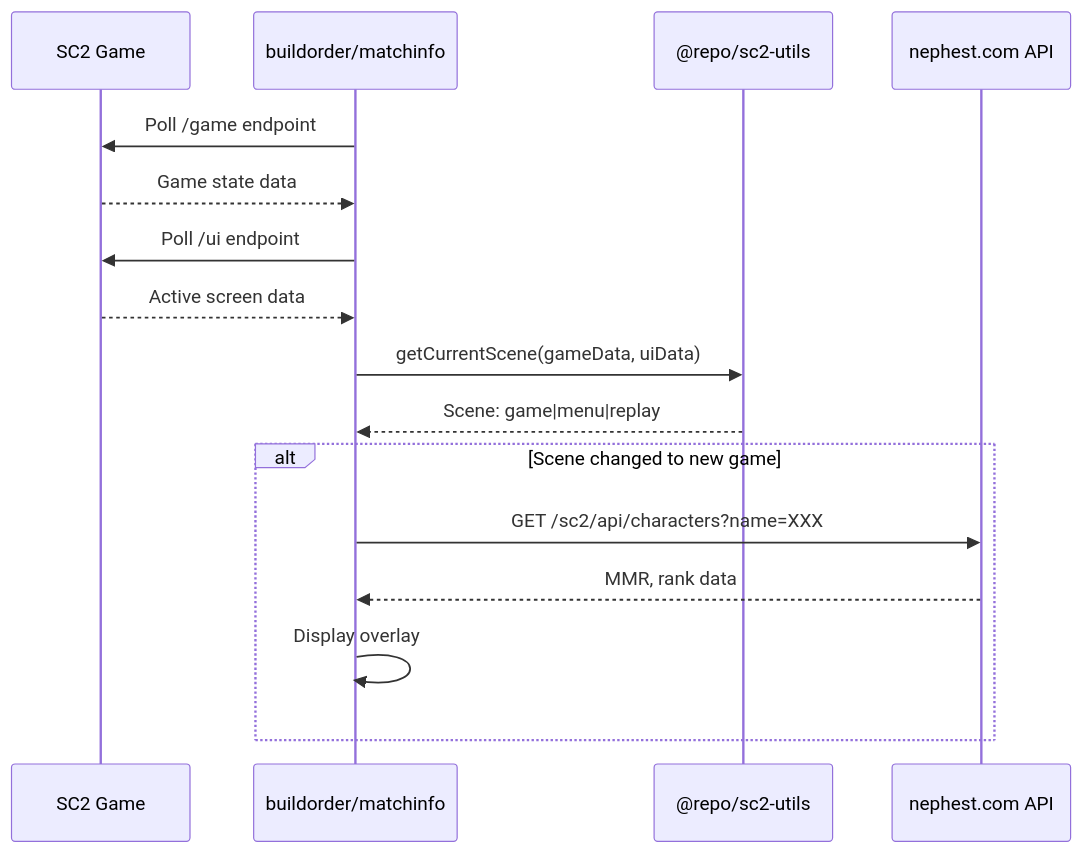
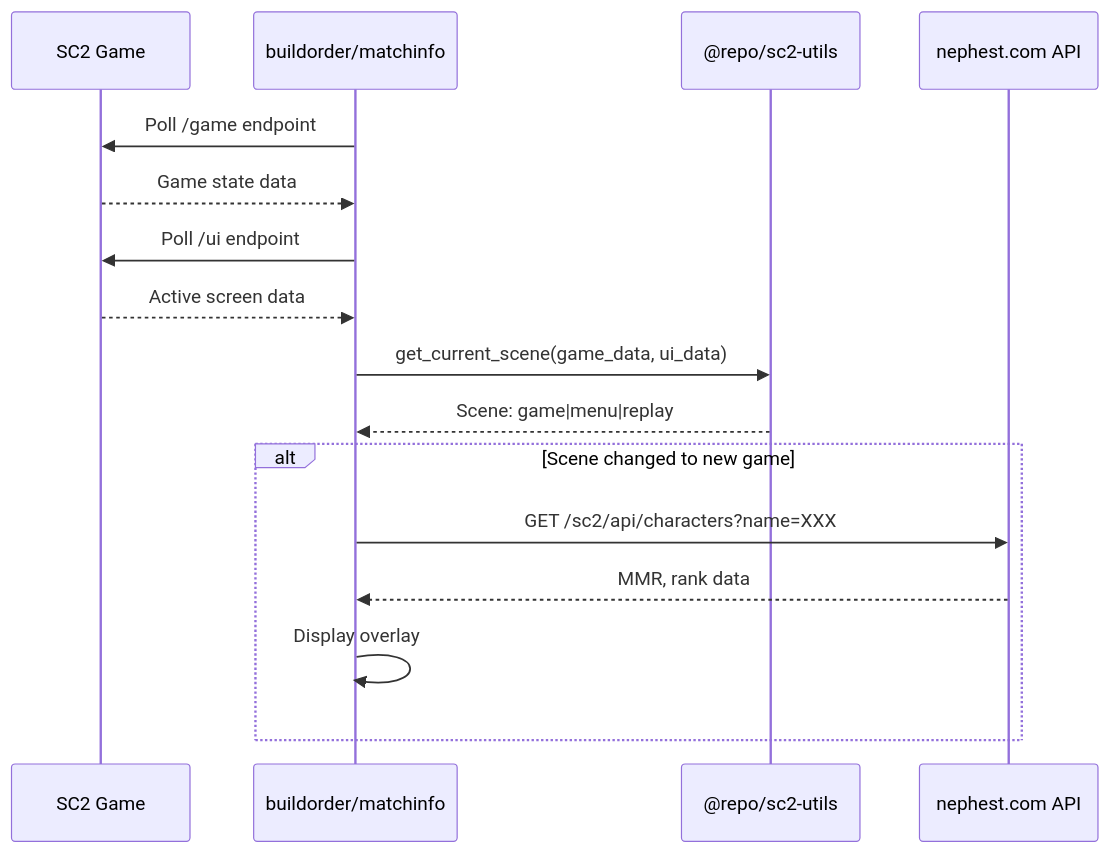
One commit to BurnySc2/monorepo changed the fourth of 5 diagrams in svelte_frontends/README.md. Above: the diagram before and after it, drawn with Mermaid. The commit also changed 8 other files, not shown here.

````diff
--- a/svelte_frontends/README.md
+++ b/svelte_frontends/README.md
@@ -111,22 +111,22 @@
 ```mermaid
 sequenceDiagram
     participant SC2 as SC2 Game
     participant App as buildorder/matchinfo
     participant Utils as @repo/sc2-utils
     participant Nephest as nephest.com API
 
     App->>SC2: Poll /game endpoint
     SC2-->>App: Game state data
 
     App->>SC2: Poll /ui endpoint
     SC2-->>App: Active screen data
 
-    App->>Utils: getCurrentScene(gameData, uiData)
+    App->>Utils: get_current_scene(game_data, ui_data)
     Utils-->>App: Scene: game|menu|replay
 
     alt Scene changed to new game
         App->>Nephest: GET /sc2/api/characters?name=XXX
         Nephest-->>App: MMR, rank data
         App->>App: Display overlay
     end
 ```
````
